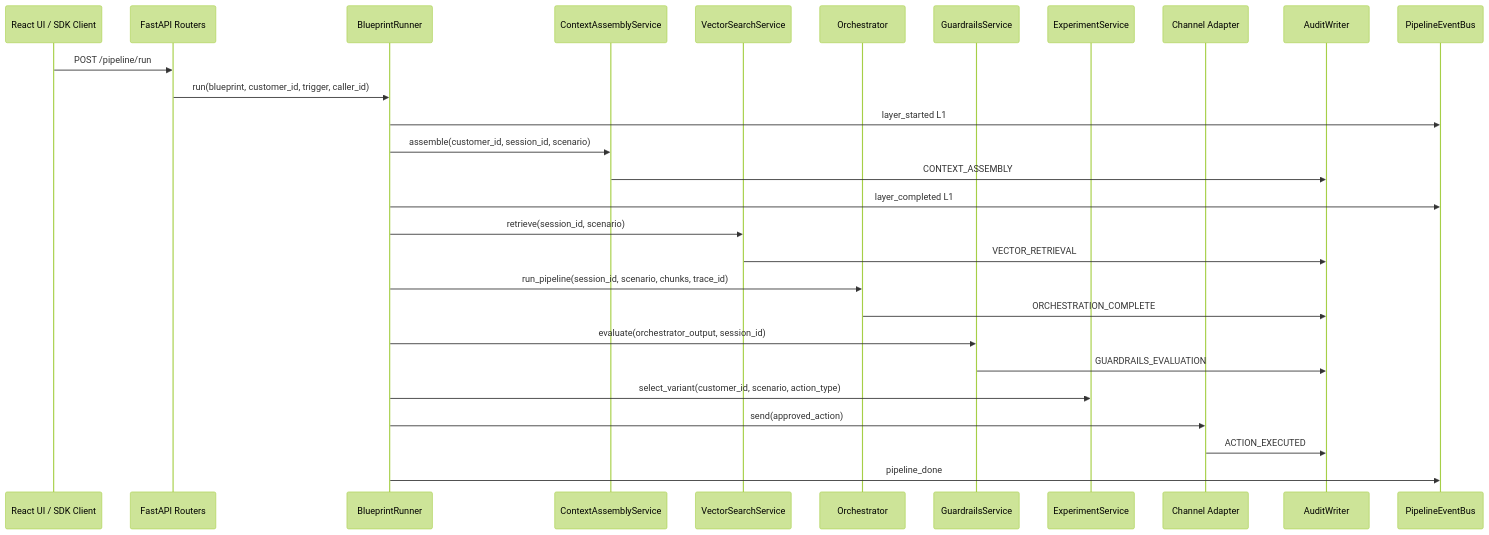
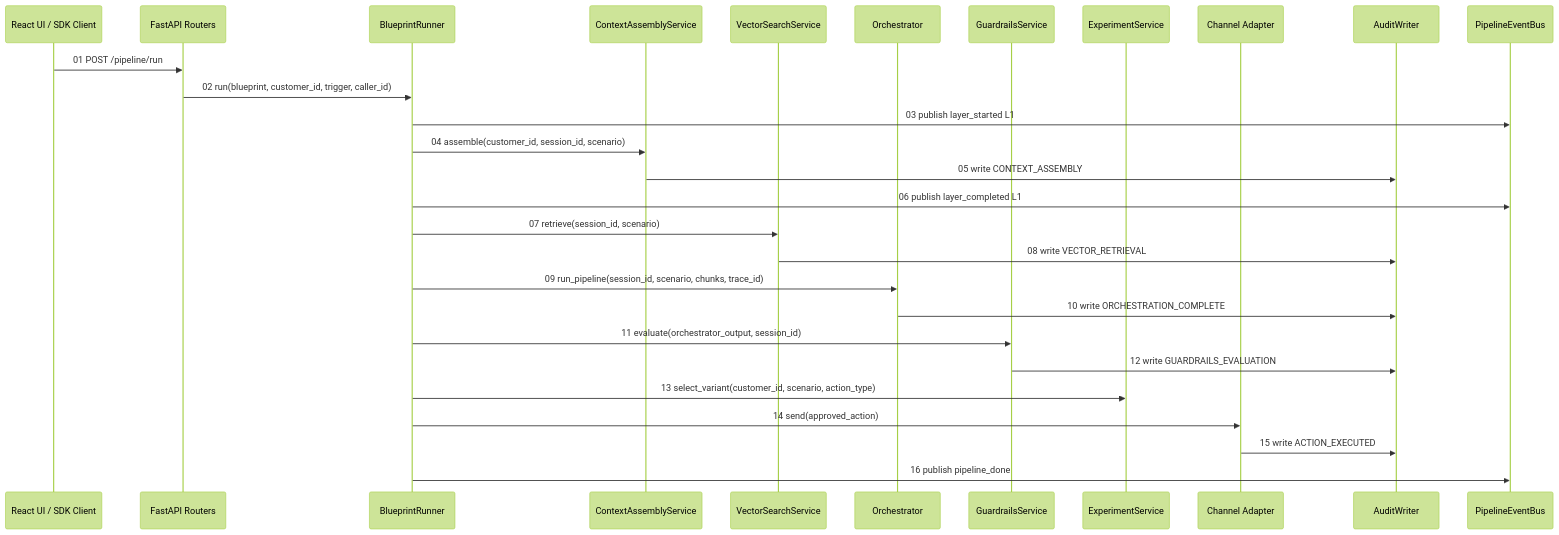
The diagram in docs/code-calling-guide.md (saralabiswal/agentic-banking-llmops), drawn with Mermaid (forest theme) before and after one commit. The commit also changed 8 other files, not shown here.

Commit message:
Align project naming and call sequence docs

````diff
--- a/docs/code-calling-guide.md
+++ b/docs/code-calling-guide.md
@@ -11,31 +11,31 @@
 ```mermaid
 sequenceDiagram
     participant UI as React UI / SDK Client
     participant API as FastAPI Routers
     participant Runner as BlueprintRunner
     participant L1 as ContextAssemblyService
     participant L2 as VectorSearchService
     participant L3 as Orchestrator
     participant L4 as GuardrailsService
     participant L5 as ExperimentService
     participant L6 as Channel Adapter
     participant Audit as AuditWriter
     participant Events as PipelineEventBus
 
-    UI->>API: POST /pipeline/run
-    API->>Runner: run(blueprint, customer_id, trigger, caller_id)
-    Runner->>Events: layer_started L1
-    Runner->>L1: assemble(customer_id, session_id, scenario)
-    L1->>Audit: CONTEXT_ASSEMBLY
-    Runner->>Events: layer_completed L1
-    Runner->>L2: retrieve(session_id, scenario)
-    L2->>Audit: VECTOR_RETRIEVAL
-    Runner->>L3: run_pipeline(session_id, scenario, chunks, trace_id)
-    L3->>Audit: ORCHESTRATION_COMPLETE
-    Runner->>L4: evaluate(orchestrator_output, session_id)
-    L4->>Audit: GUARDRAILS_EVALUATION
-    Runner->>L5: select_variant(customer_id, scenario, action_type)
-    Runner->>L6: send(approved_action)
-    L6->>Audit: ACTION_EXECUTED
-    Runner->>Events: pipeline_done
+    UI->>API: 01 POST /pipeline/run
+    API->>Runner: 02 run(blueprint, customer_id, trigger, caller_id)
+    Runner->>Events: 03 publish layer_started L1
+    Runner->>L1: 04 assemble(customer_id, session_id, scenario)
+    L1->>Audit: 05 write CONTEXT_ASSEMBLY
+    Runner->>Events: 06 publish layer_completed L1
+    Runner->>L2: 07 retrieve(session_id, scenario)
+    L2->>Audit: 08 write VECTOR_RETRIEVAL
+    Runner->>L3: 09 run_pipeline(session_id, scenario, chunks, trace_id)
+    L3->>Audit: 10 write ORCHESTRATION_COMPLETE
+    Runner->>L4: 11 evaluate(orchestrator_output, session_id)
+    L4->>Audit: 12 write GUARDRAILS_EVALUATION
+    Runner->>L5: 13 select_variant(customer_id, scenario, action_type)
+    Runner->>L6: 14 send(approved_action)
+    L6->>Audit: 15 write ACTION_EXECUTED
+    Runner->>Events: 16 publish pipeline_done
 ```
````
